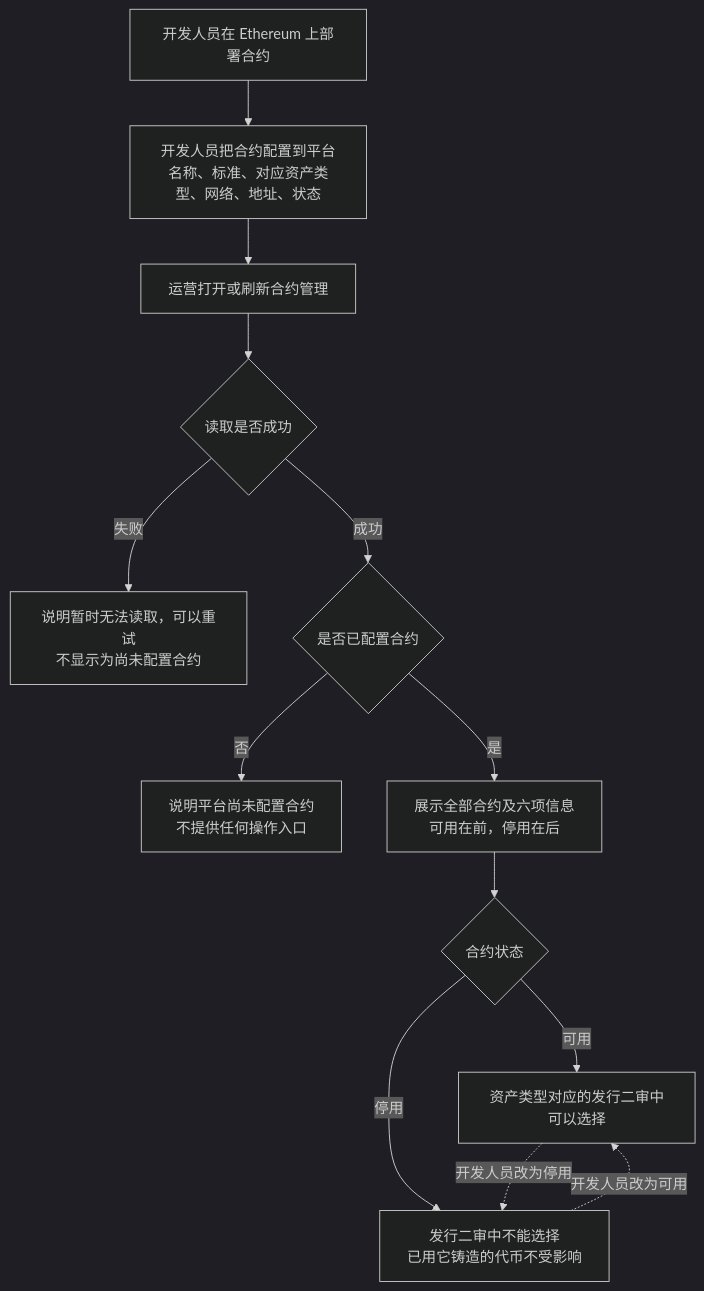
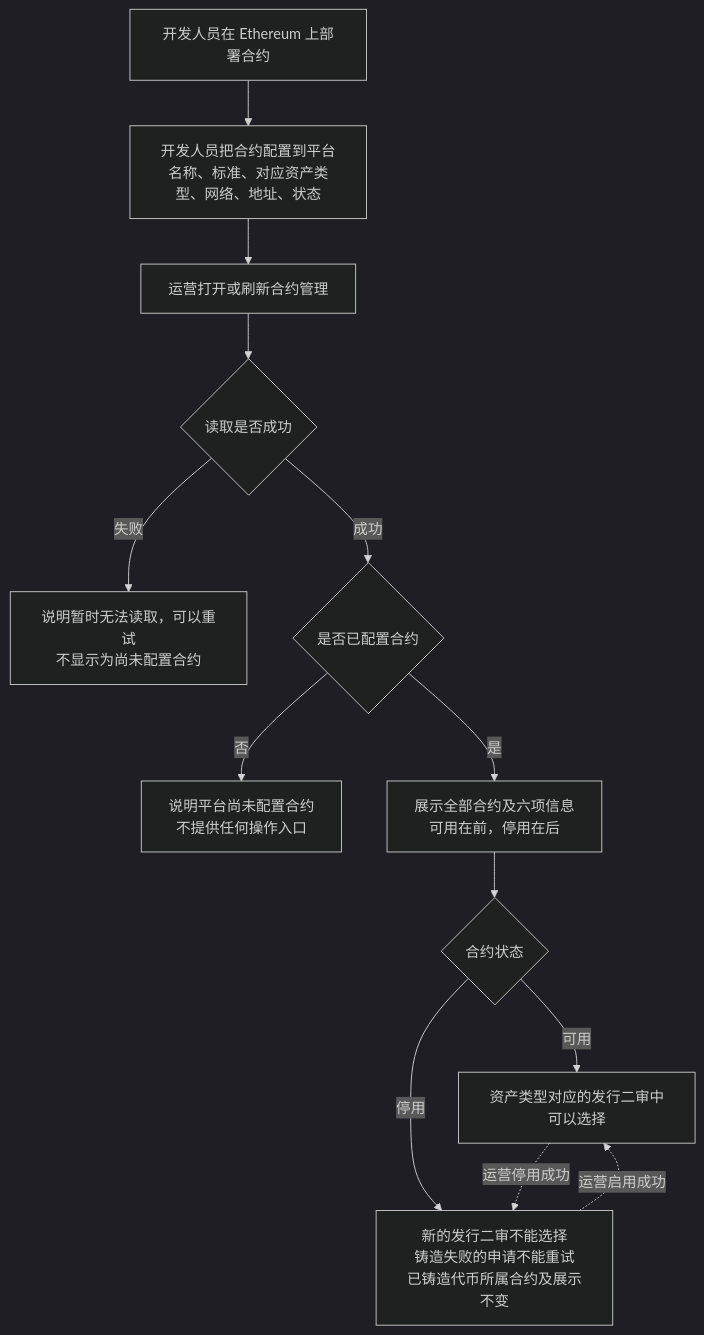
Before and after one commit to wxblockchain/Chain-Financing: the first of 4 diagrams in token-issuance-platform/PRD/v1.0-合约管理-流程图与状态机.md, drawn with Mermaid (dark theme). The commit also changed other lines of this file and 7 other files, not shown here.

````diff
--- a/token-issuance-platform/PRD/v1.0-合约管理-流程图与状态机.md
+++ b/token-issuance-platform/PRD/v1.0-合约管理-流程图与状态机.md
@@ -18,15 +19,15 @@
 ```mermaid
 flowchart TD
     A[开发人员在 Ethereum 上部署合约] --> B[开发人员把合约配置到平台<br/>名称、标准、对应资产类型、网络、地址、状态]
     B --> C[运营打开或刷新合约管理]
     C --> D{读取是否成功}
     D -->|失败| D1[说明暂时无法读取，可以重试<br/>不显示为尚未配置合约]
     D -->|成功| E{是否已配置合约}
     E -->|否| E1[说明平台尚未配置合约<br/>不提供任何操作入口]
     E -->|是| F[展示全部合约及六项信息<br/>可用在前，停用在后]
     F --> G{合约状态}
     G -->|可用| H[资产类型对应的发行二审中可以选择]
-    G -->|停用| I[发行二审中不能选择<br/>已用它铸造的代币不受影响]
-    H -.开发人员改为停用.-> I
-    I -.开发人员改为可用.-> H
+    G -->|停用| I[新的发行二审不能选择<br/>铸造失败的申请不能重试<br/>已铸造代币所属合约及展示不变]
+    H -.运营停用成功.-> I
+    I -.运营启用成功.-> H
 ```
````
